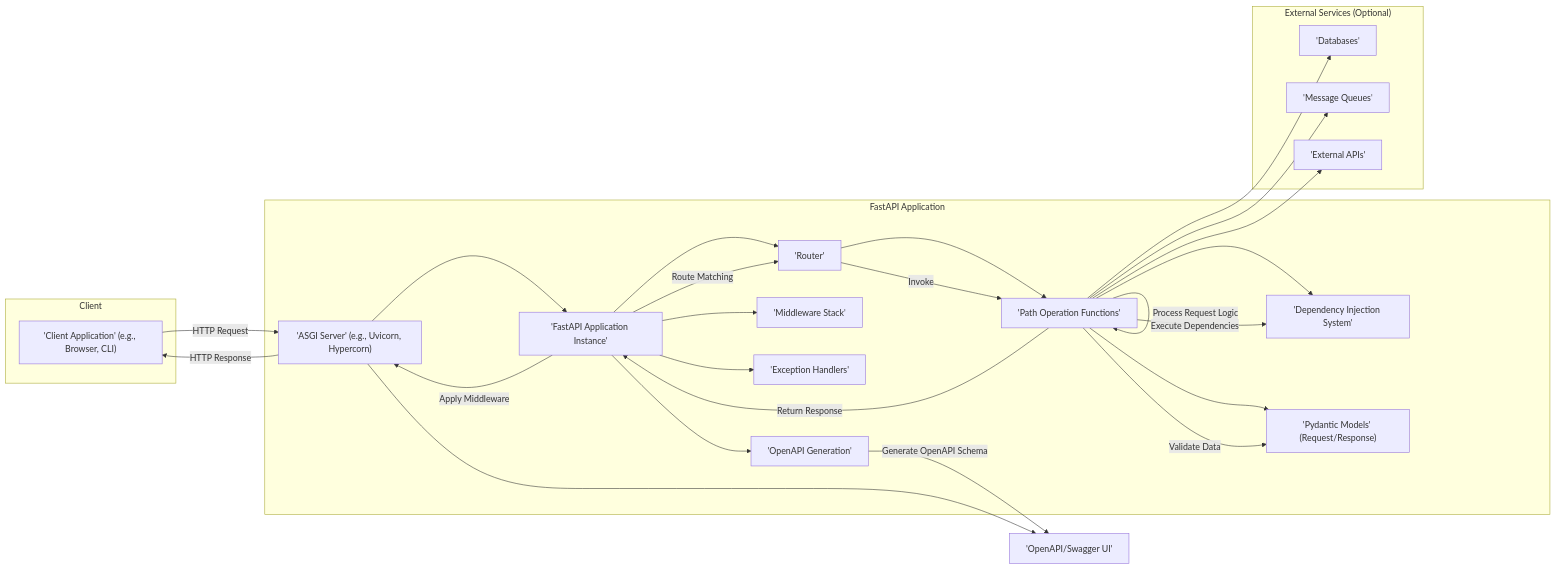
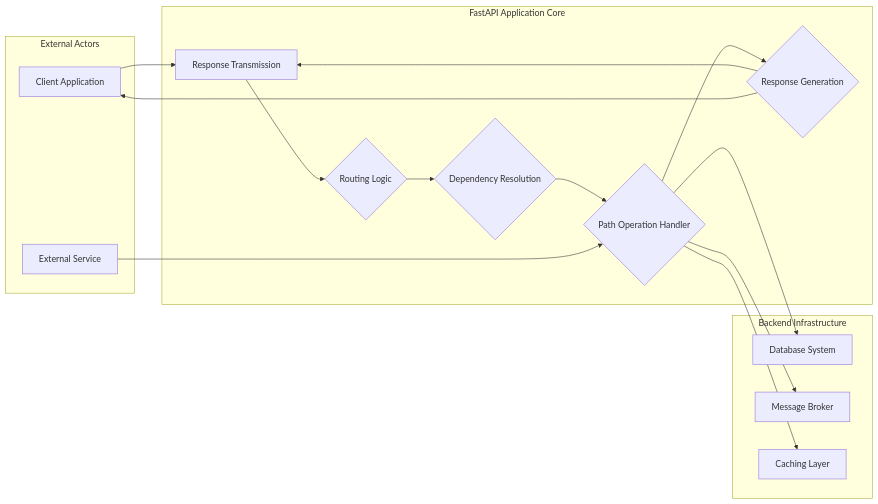
One commit to xvnpw/sec-docs changed the first of 2 diagrams in python/fastapi/2024-12-29-gemini-2.0-flash-thinking-exp/sec-design.md. Above: the diagram before and after it, drawn with Mermaid. The commit also changed other lines of this file and 4 other files, not shown here.

````diff
--- a/python/fastapi/2024-12-29-gemini-2.0-flash-thinking-exp/sec-design.md
+++ b/python/fastapi/2024-12-29-gemini-2.0-flash-thinking-exp/sec-design.md
@@ -27,36 +26,25 @@
 ```mermaid
 graph LR
-    subgraph "Client"
-        A["'Client Application' (e.g., Browser, CLI)"]
+    subgraph "External Actors"
+        A["Client Application"]
+        Z["External Service"]
     end
-    subgraph "FastAPI Application"
-        B["'ASGI Server' (e.g., Uvicorn, Hypercorn)"] --> C["'FastAPI Application Instance'"];
-        C --> D["'Router'"];
-        D --> E["'Path Operation Functions'"];
-        E --> F["'Dependency Injection System'"];
-        E --> G["'Pydantic Models' (Request/Response)"];
-        C --> H["'Middleware Stack'"];
-        C --> I["'Exception Handlers'"];
-        C --> J["'OpenAPI Generation'"];
+    subgraph "FastAPI Application Core"
+        B["Request Reception"] --> C{"Routing Logic"};
+        C --> D{"Dependency Resolution"};
+        D --> E{"Path Operation Handler"};
+        E --> F{"Response Generation"};
     end
-    subgraph "External Services (Optional)"
-        K["'Databases'"]
-        L["'Message Queues'"]
-        M["'External APIs'"]
+    subgraph "Backend Infrastructure"
+        G["Database System"]
+        H["Message Broker"]
+        I["Caching Layer"]
     end
-
-    A -- "HTTP Request" --> B
-    C -- "Route Matching" --> D
-    D -- "Invoke" --> E
-    E -- "Validate Data" --> G
-    E -- "Execute Dependencies" --> F
-    E -- "Process Request Logic" --> E
-    E -- "Return Response" --> C
-    C -- "Apply Middleware" --> B
-    B -- "HTTP Response" --> A
-    E --> K
-    E --> L
-    E --> M
-    J -- "Generate OpenAPI Schema" --> N["'OpenAPI/Swagger UI'"]
-    B --> N
+    F --> B["Response Transmission"];
+    E --> G;
+    E --> H;
+    E --> I;
+    A --> B;
+    Z --> E;
+    F --> A;
 ```
````
